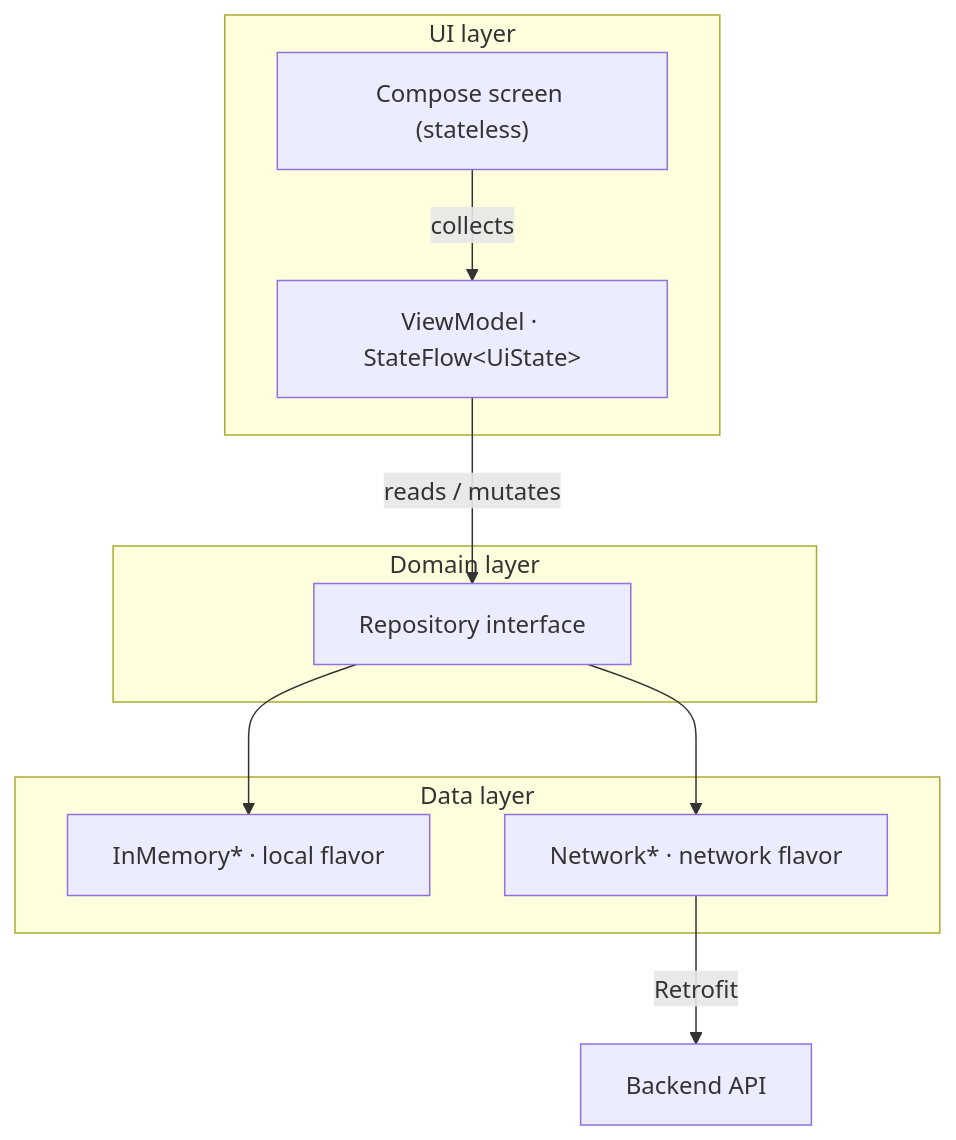
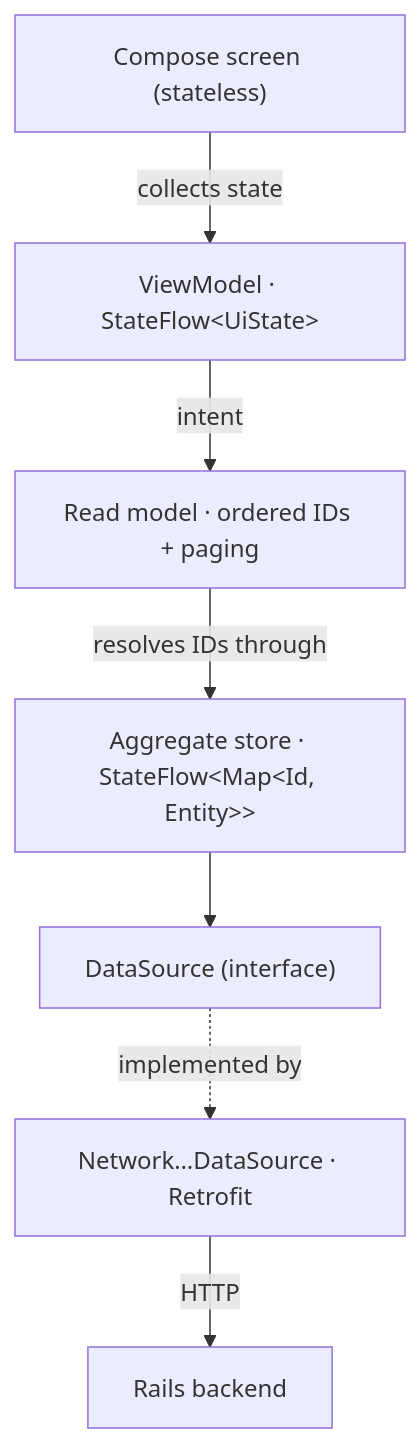
Before and after one commit to Benjiko99/android-sample-compose: the second of 3 diagrams in README.md, drawn with Mermaid. The commit also changed other lines of this file and 8 other files, not shown here.

````diff
--- a/README.md
+++ b/README.md
@@ -22,20 +75,16 @@
 ```mermaid
 graph TD
-    subgraph ui["UI layer"]
-        Screen["Compose screen (stateless)"]
-        VM["ViewModel · StateFlow&lt;UiState&gt;"]
-    end
-    subgraph domain["Domain layer"]
-        Repo["Repository interface"]
-    end
-    subgraph data["Data layer"]
-        Local["InMemory* · local flavor"]
-        Net["Network* · network flavor"]
-    end
+    Screen["Compose screen (stateless)"]
+    VM["ViewModel · StateFlow&lt;UiState&gt;"]
+    ReadRepo["Read model · ordered IDs + paging"]
+    Store["Aggregate store · StateFlow&lt;Map&lt;Id, Entity&gt;&gt;"]
+    DS["DataSource (interface)"]
+    Net["Network…DataSource · Retrofit"]
 
-    Screen -->|collects| VM
-    VM -->|reads / mutates| Repo
-    Repo --> Local
-    Repo --> Net
-    Net -->|Retrofit| API["Backend API"]
+    Screen -->|collects state| VM
+    VM -->|intent| ReadRepo
+    ReadRepo -->|resolves IDs through| Store
+    Store --> DS
+    DS -.implemented by.-> Net
+    Net -->|HTTP| API["Rails backend"]
 ```
````
